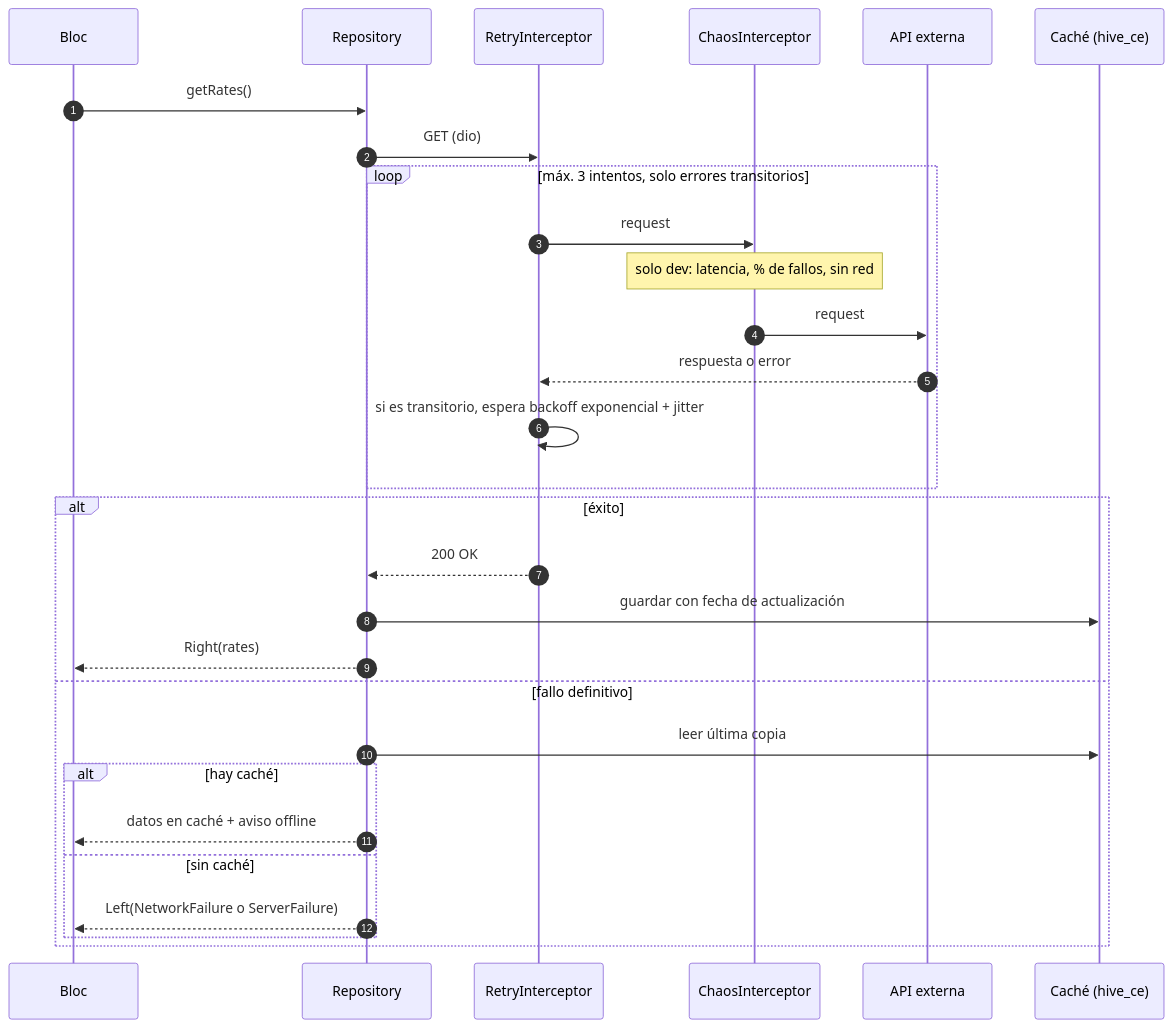
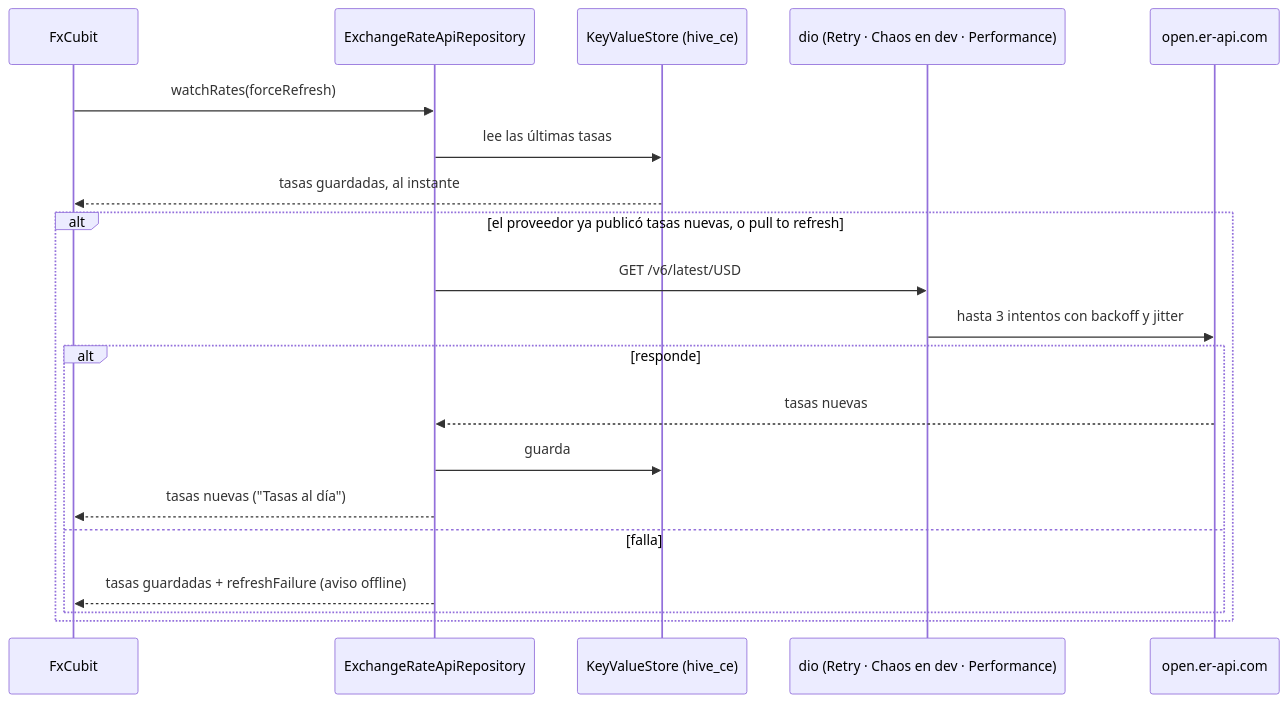
Before and after one commit to Denniss2C/bi-digital-banking: the fifth of 6 diagrams in docs/architecture/flows.md, drawn with Mermaid. The commit also changed other lines of this file and 3 other files, not shown here.

First line of the commit message:
docs(architecture): document what is implemented

````diff
--- a/docs/architecture/flows.md
+++ b/docs/architecture/flows.md
@@ -36,32 +126,23 @@
 ```mermaid
 sequenceDiagram
-    autonumber
-    participant B as Bloc
-    participant Repo as Repository
-    participant Retry as RetryInterceptor
-    participant Chaos as ChaosInterceptor
-    participant API as API externa
-    participant C as Caché (hive_ce)
+    participant Cubit as FxCubit
+    participant Repo as ExchangeRateApiRepository
+    participant Cache as KeyValueStore (hive_ce)
+    participant Dio as dio (Retry · Chaos en dev · Performance)
+    participant API as open.er-api.com
 
-    B->>Repo: getRates()
-    Repo->>Retry: GET (dio)
-    loop máx. 3 intentos, solo errores transitorios
-        Retry->>Chaos: request
-        Note over Chaos: solo dev: latencia, % de fallos, sin red
-        Chaos->>API: request
-        API-->>Retry: respuesta o error
-        Retry->>Retry: si es transitorio, espera backoff exponencial + jitter
-    end
-    alt éxito
-        Retry-->>Repo: 200 OK
-        Repo->>C: guardar con fecha de actualización
-        Repo-->>B: Right(rates)
-    else fallo definitivo
-        Repo->>C: leer última copia
-        alt hay caché
-            Repo-->>B: datos en caché + aviso offline
-        else sin caché
-            Repo-->>B: Left(NetworkFailure o ServerFailure)
+    Cubit->>Repo: watchRates(forceRefresh)
+    Repo->>Cache: lee las últimas tasas
+    Cache-->>Cubit: tasas guardadas, al instante
+    alt el proveedor ya publicó tasas nuevas, o pull to refresh
+        Repo->>Dio: GET /v6/latest/USD
+        Dio->>API: hasta 3 intentos con backoff y jitter
+        alt responde
+            API-->>Repo: tasas nuevas
+            Repo->>Cache: guarda
+            Repo-->>Cubit: tasas nuevas ("Tasas al día")
+        else falla
+            Repo-->>Cubit: tasas guardadas + refreshFailure (aviso offline)
         end
     end
 ```
````
